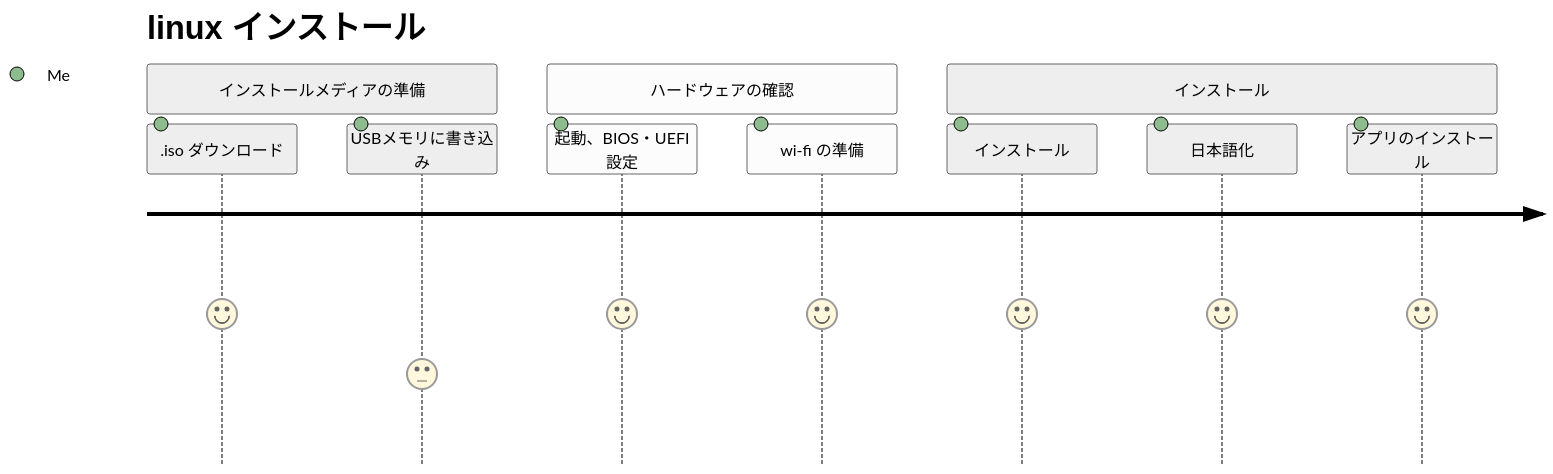
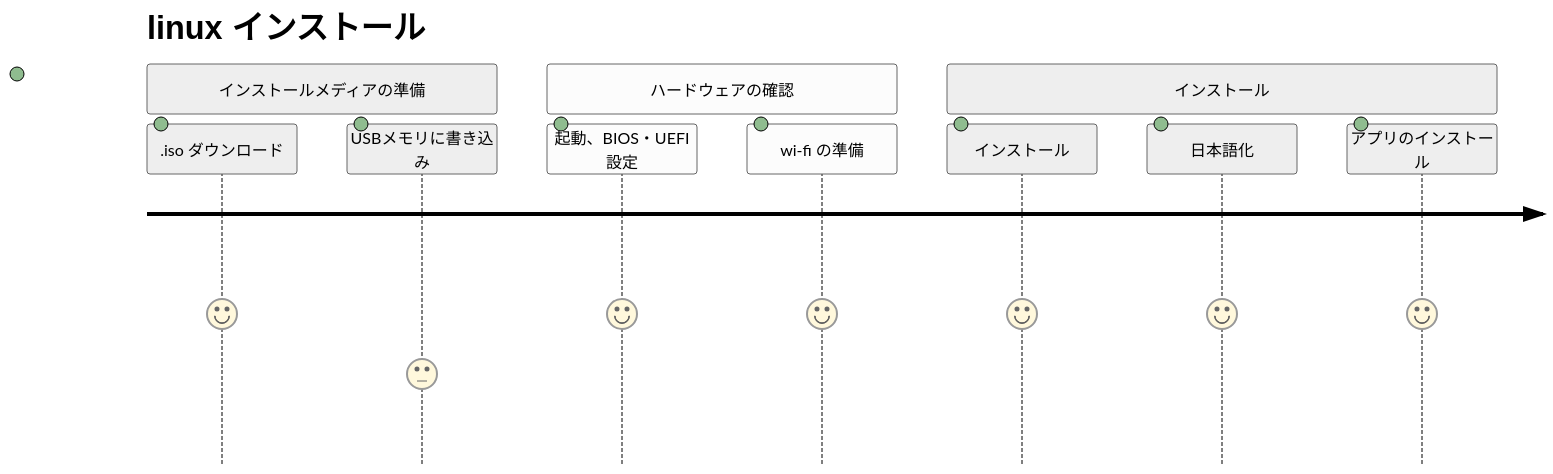
Before and after one commit to hobby-pc2026/linux-install: the diagram in linux-install-02.md, drawn with Mermaid (neutral theme).

````diff
--- a/linux-install-02.md
+++ b/linux-install-02.md
@@ -2,15 +2,15 @@
 ```mermaid
 
 journey
     title linux インストール
     section インストールメディアの準備
-      .iso ダウンロード: 5: Me
-      USBメモリに書き込み: 3: Me
+      .iso ダウンロード: 5: 
+      USBメモリに書き込み: 3: 
     section ハードウェアの確認
-      起動、BIOS・UEFI設定: 5: Me
-      wi-fi の準備: 5: Me
+      起動、BIOS・UEFI設定: 5: 
+      wi-fi の準備: 5: 
     section インストール
-      インストール: 5: Me
-      日本語化: 5: Me
-      アプリのインストール: 5: Me
+      インストール: 5: 
+      日本語化: 5: 
+      アプリのインストール: 5: 
 ```
````
